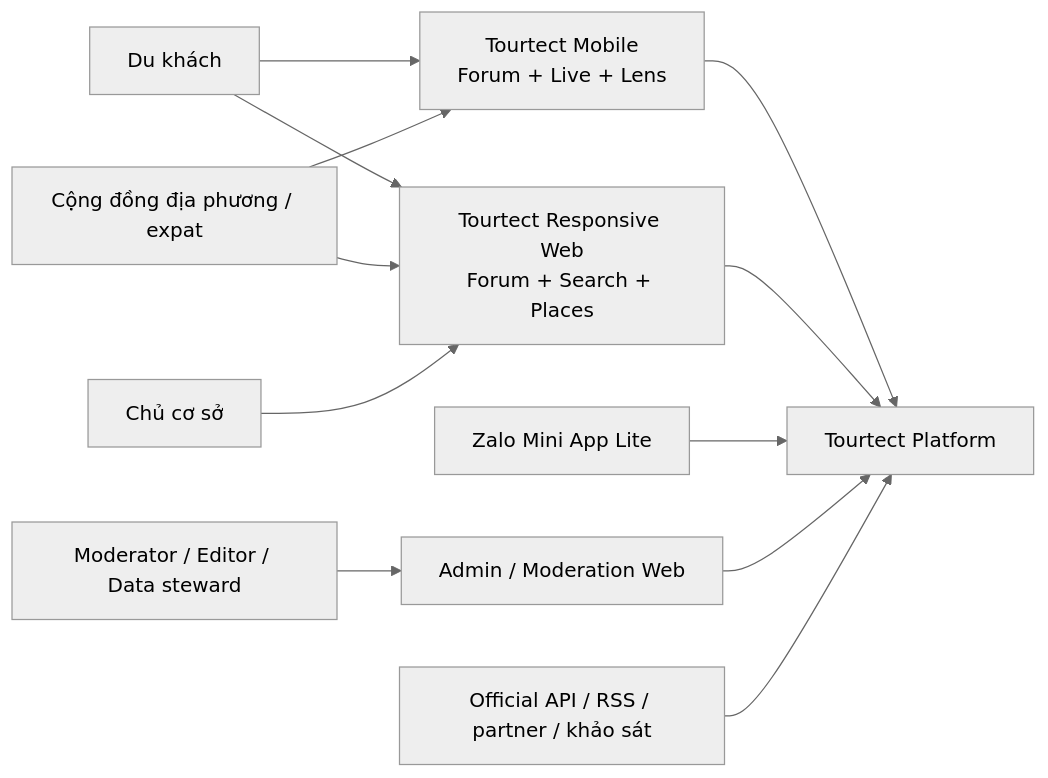
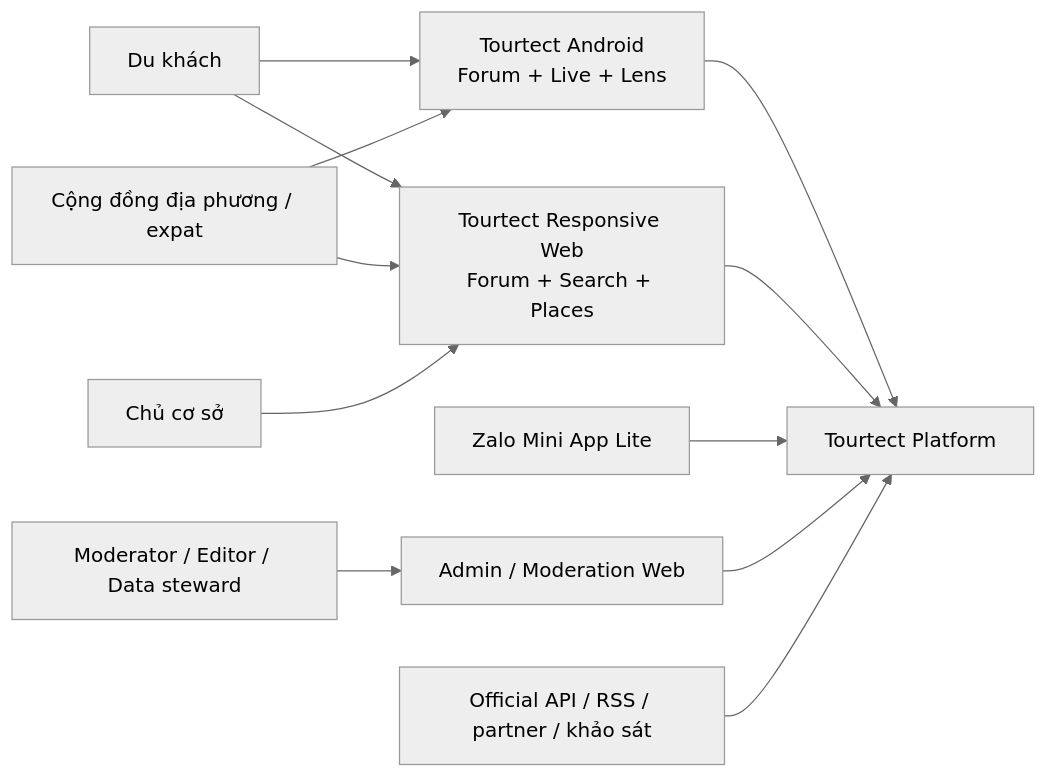
Before and after one commit to hackunix/tourtect: the sixth of 9 diagrams in docs/system-design.md, drawn with Mermaid (neutral theme). The commit also changed other lines of this file and 4 other files, not shown here.

```diff
--- a/docs/system-design.md
+++ b/docs/system-design.md
@@ -635,27 +742,27 @@
 ~~~mermaid
 flowchart LR
     Tourist["Du khách"]
     Community["Cộng đồng địa phương / expat"]
     Merchant["Chủ cơ sở"]
     Reviewer["Moderator / Editor / Data steward"]
     Sources["Official API / RSS / partner / khảo sát"]
 
-    Mobile["Tourtect Mobile\nForum + Live + Lens"]
+    Android["Tourtect Android\nForum + Live + Lens"]
     Web["Tourtect Responsive Web\nForum + Search + Places"]
     Zalo["Zalo Mini App Lite"]
     Admin["Admin / Moderation Web"]
     Platform["Tourtect Platform"]
 
-    Tourist --> Mobile
+    Tourist --> Android
     Tourist --> Web
-    Community --> Mobile
+    Community --> Android
     Community --> Web
     Merchant --> Web
     Reviewer --> Admin
 
-    Mobile --> Platform
+    Android --> Platform
     Web --> Platform
     Zalo --> Platform
     Admin --> Platform
     Sources --> Platform
 ~~~
```
